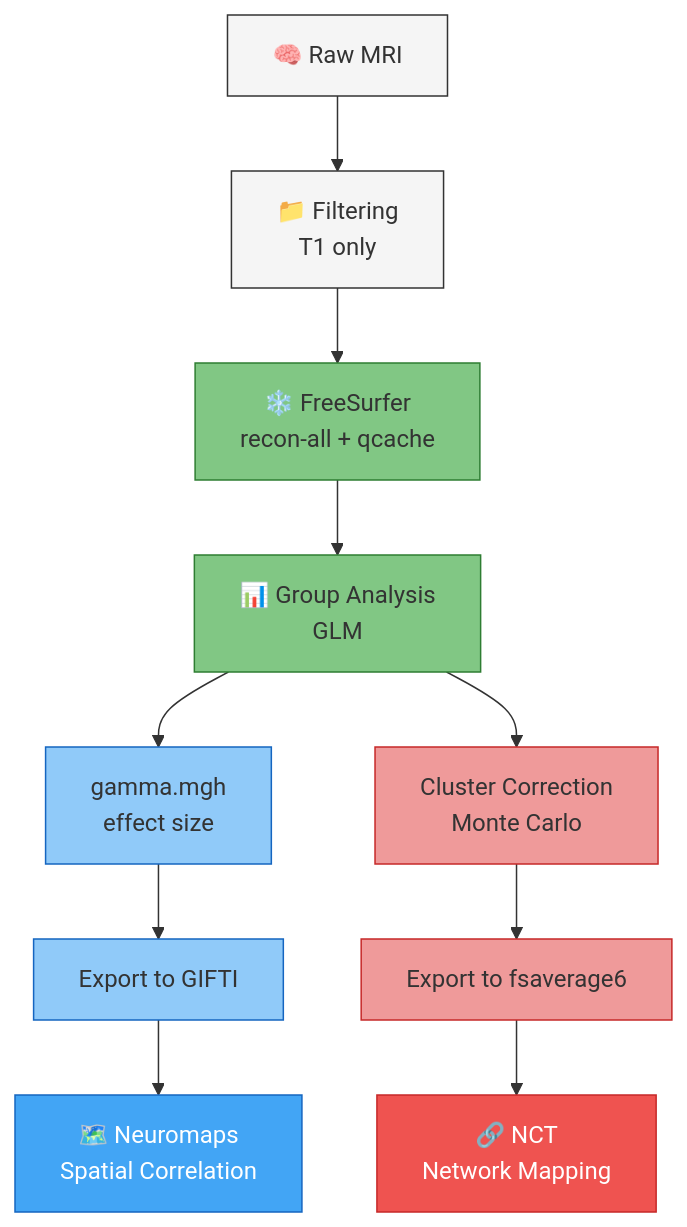
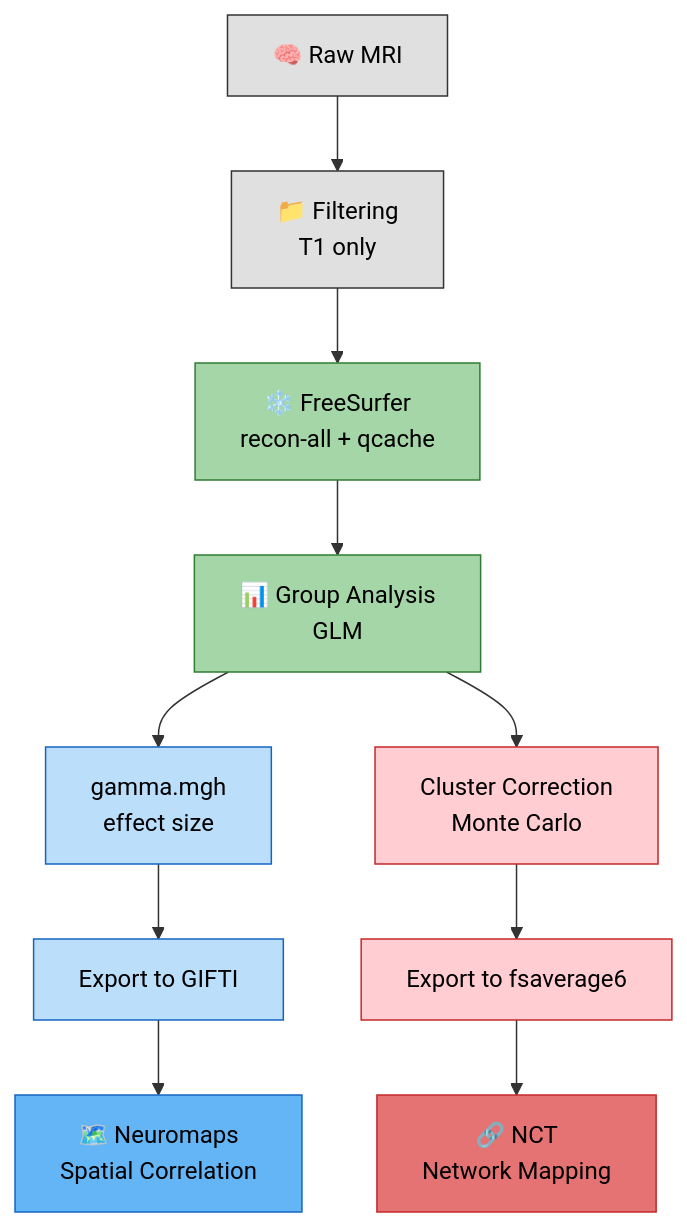
One commit to luisAraujo11/Thesis changed the diagram in README.md. Above: the diagram before and after it, drawn with Mermaid.

Commit message:
Final MD

````diff
--- a/README.md
+++ b/README.md
@@ -35,26 +35,26 @@
 ```mermaid
 flowchart TD
     A[🧠 Raw MRI] --> B[📁 Filtering<br/>T1 only]
     B --> C[❄️ FreeSurfer<br/>recon-all + qcache]
     C --> D[📊 Group Analysis<br/>GLM]
     
     D --> E[gamma.mgh<br/>effect size]
     D --> F[Cluster Correction<br/>Monte Carlo]
     
     E --> G[Export to GIFTI]
     F --> H[Export to fsaverage6]
     
     G --> I[🗺️ Neuromaps<br/>Spatial Correlation]
     H --> J[🔗 NCT<br/>Network Mapping]
     
-    style A fill:#f5f5f5,stroke:#333
-    style B fill:#f5f5f5,stroke:#333
-    style C fill:#81c784,stroke:#2e7d32
-    style D fill:#81c784,stroke:#2e7d32
-    style E fill:#90caf9,stroke:#1565c0
-    style F fill:#ef9a9a,stroke:#c62828
-    style G fill:#90caf9,stroke:#1565c0
-    style H fill:#ef9a9a,stroke:#c62828
-    style I fill:#42a5f5,stroke:#1565c0,color:#fff
-    style J fill:#ef5350,stroke:#c62828,color:#fff
+    style A fill:#e0e0e0,stroke:#333,color:#000
+    style B fill:#e0e0e0,stroke:#333,color:#000
+    style C fill:#a5d6a7,stroke:#2e7d32,color:#000
+    style D fill:#a5d6a7,stroke:#2e7d32,color:#000
+    style E fill:#bbdefb,stroke:#1565c0,color:#000
+    style F fill:#ffcdd2,stroke:#c62828,color:#000
+    style G fill:#bbdefb,stroke:#1565c0,color:#000
+    style H fill:#ffcdd2,stroke:#c62828,color:#000
+    style I fill:#64b5f6,stroke:#1565c0,color:#000
+    style J fill:#e57373,stroke:#c62828,color:#000
 ```
````
